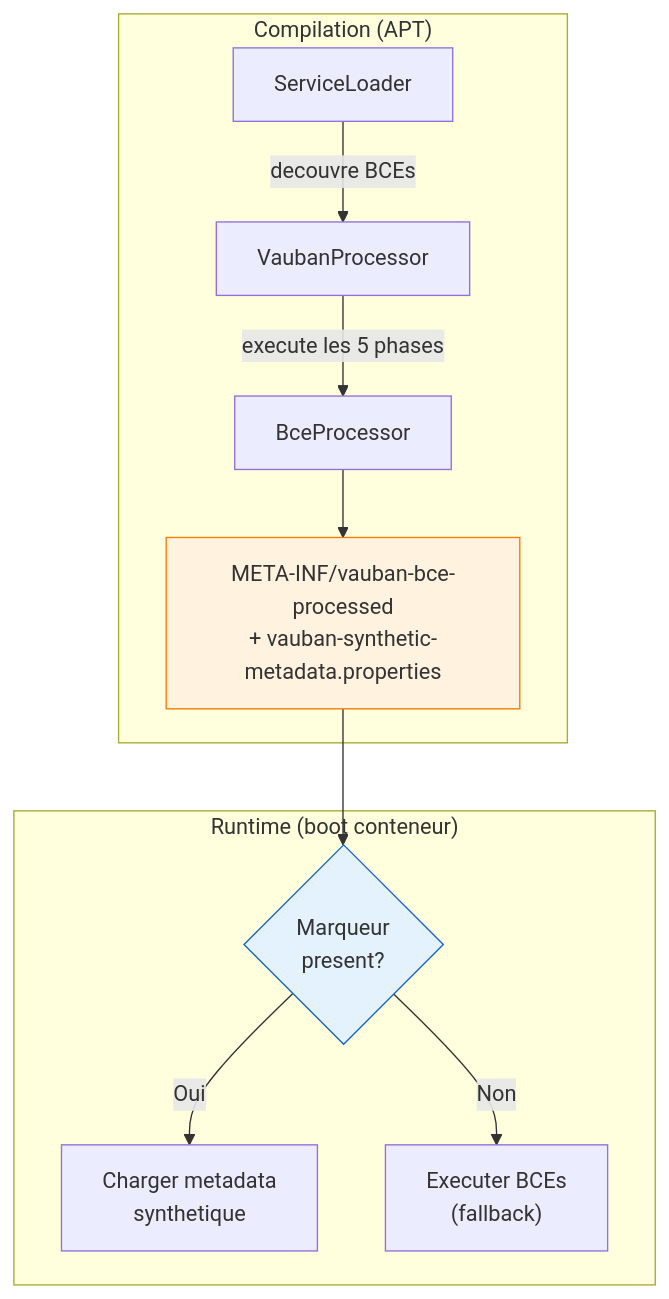
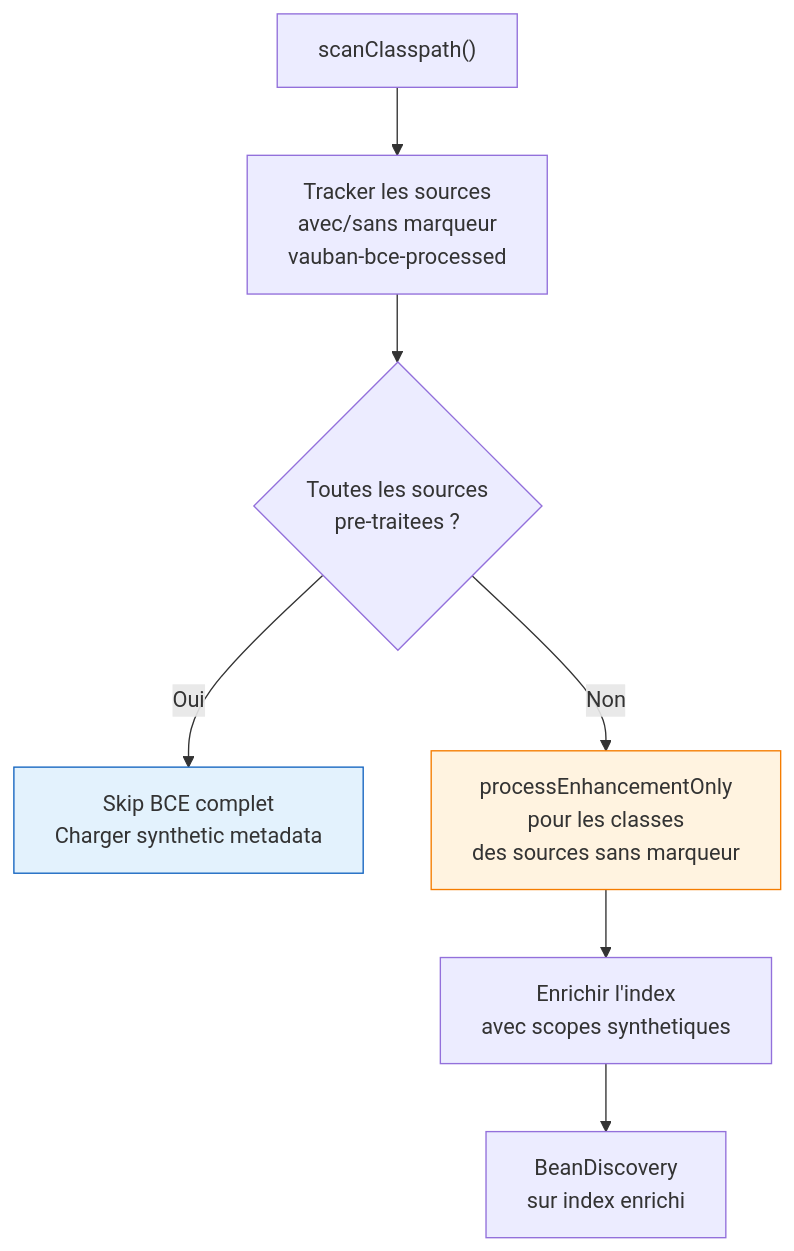
Diagram 11 of 12 in docs/architecture.md (vidocq-stack/vauban), drawn with Mermaid before and after one commit. The commit also changed other lines of this file, not shown here.

First line of the commit message:
docs: fix mermaid parse error, detail BCE compile-time architecture

````diff
--- a/docs/architecture.md
+++ b/docs/architecture.md
@@ -396,19 +438,12 @@
 ```mermaid
 flowchart TD
-    subgraph "Compilation (APT)"
-        SL[ServiceLoader] --> |"decouvre BCEs"| PROC[VaubanProcessor]
-        PROC --> |"execute les 5 phases"| BCE[BceProcessor]
-        BCE --> META["META-INF/vauban-bce-processed<br/>+ vauban-synthetic-metadata.properties"]
-    end
+    SCAN["scanClasspath()"] --> TRACK["Tracker les sources<br/>avec/sans marqueur<br/>vauban-bce-processed"]
+    TRACK --> CHECK{"Toutes les sources<br/>pre-traitees ?"}
+    CHECK -->|Oui| SKIP["Skip BCE complet<br/>Charger synthetic metadata"]
+    CHECK -->|Non| PARTIAL["processEnhancementOnly<br/>pour les classes<br/>des sources sans marqueur"]
+    PARTIAL --> ENRICH["Enrichir l'index<br/>avec scopes synthetiques"]
+    ENRICH --> DISC["BeanDiscovery<br/>sur index enrichi"]
 
-    subgraph "Runtime (boot conteneur)"
-        CHECK{Marqueur<br/>present?}
-        CHECK -->|Oui| LOAD["Charger metadata<br/>synthetique"]
-        CHECK -->|Non| RUN["Executer BCEs<br/>(fallback)"]
-    end
-
-    META --> CHECK
-
-    style META fill:#fff3e0,stroke:#f57c00
-    style CHECK fill:#e3f2fd,stroke:#1565c0
+    style SKIP fill:#e3f2fd,stroke:#1565c0
+    style PARTIAL fill:#fff3e0,stroke:#f57c00
 ```
````
